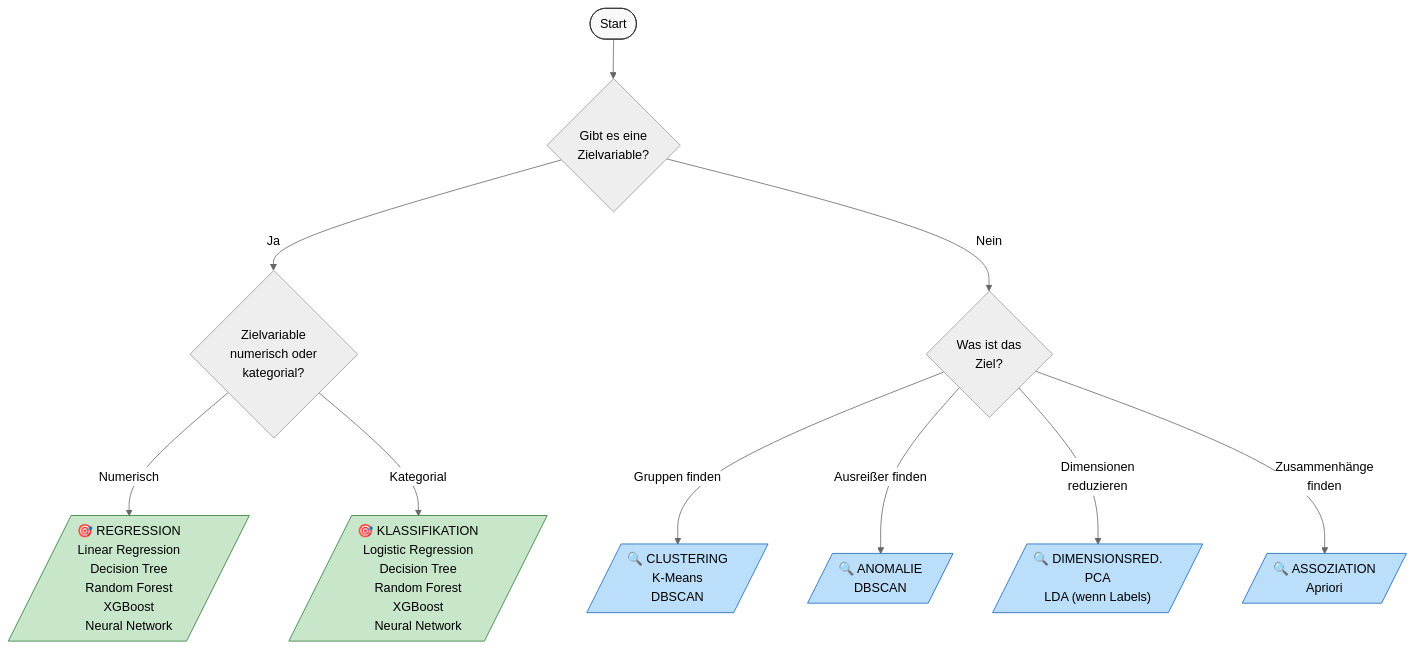
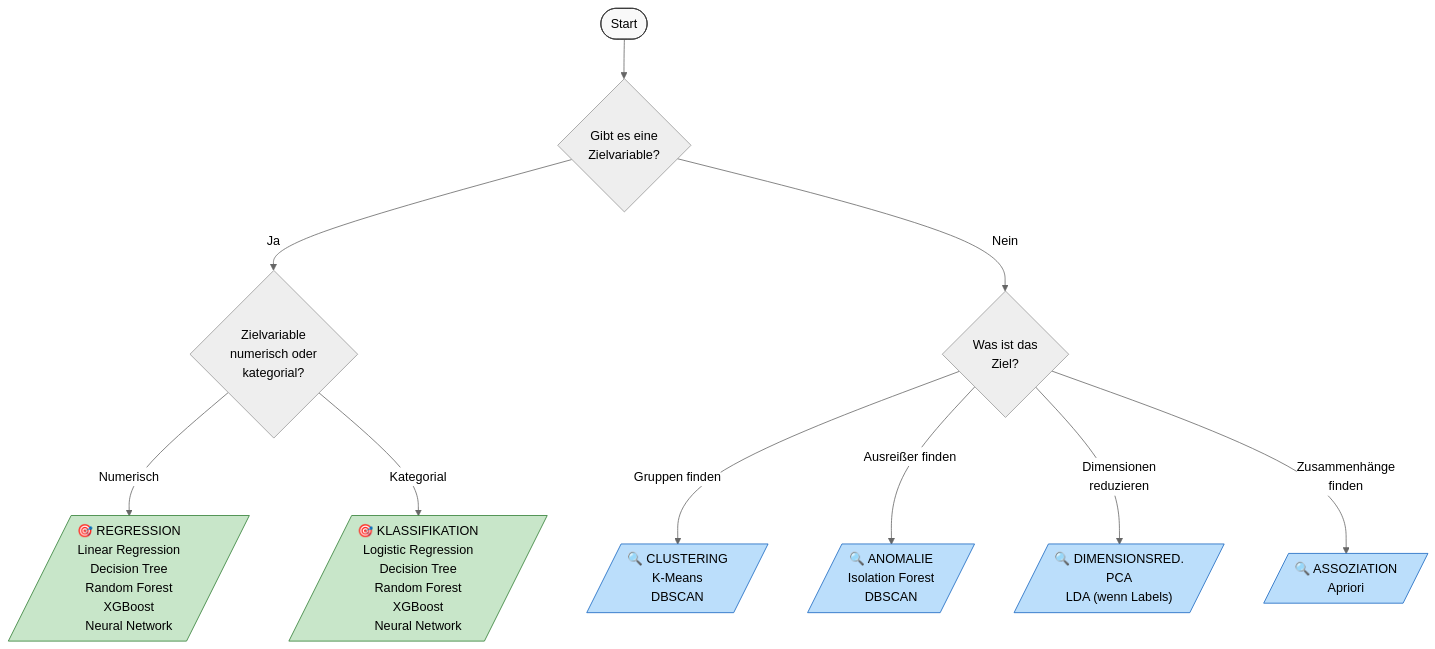
Before and after one commit to ralf-42/ML_Intro: the diagram in docs/concepts/modeling/modell-steckbriefe.md, drawn with Mermaid (neutral theme). The commit also changed other lines of this file and 16 other files, not shown here.

````diff
--- a/docs/concepts/modeling/modell-steckbriefe.md
+++ b/docs/concepts/modeling/modell-steckbriefe.md
@@ -471,27 +512,27 @@
 ```mermaid
 flowchart TD
     START([Start]) --> Q1{Gibt es eine<br/>Zielvariable?}
     
     Q1 -->|Ja| Q2{Zielvariable<br/>numerisch oder<br/>kategorial?}
     Q1 -->|Nein| Q3{Was ist das<br/>Ziel?}
     
     Q2 -->|Numerisch| REG[/"🎯 REGRESSION<br/>Linear Regression<br/>Decision Tree<br/>Random Forest<br/>XGBoost<br/>Neural Network"/]
     
     Q2 -->|Kategorial| CLASS[/"🎯 KLASSIFIKATION<br/>Logistic Regression<br/>Decision Tree<br/>Random Forest<br/>XGBoost<br/>Neural Network"/]
     
     Q3 -->|Gruppen finden| CLUST[/"🔍 CLUSTERING<br/>K-Means<br/>DBSCAN"/]
 
-    Q3 -->|Ausreißer finden| ANOM[/"🔍 ANOMALIE<br/>DBSCAN"/]
+    Q3 -->|Ausreißer finden| ANOM[/"🔍 ANOMALIE<br/>Isolation Forest<br/>DBSCAN"/]
 
     Q3 -->|Dimensionen<br/>reduzieren| DIM[/"🔍 DIMENSIONSRED.<br/>PCA<br/>LDA (wenn Labels)"/]
     
     Q3 -->|Zusammenhänge<br/>finden| ASSOC[/"🔍 ASSOZIATION<br/>Apriori"/]
     
     style START fill:#f9f9f9,stroke:#333
     style REG fill:#c8e6c9,stroke:#2e7d32
     style CLASS fill:#c8e6c9,stroke:#2e7d32
     style CLUST fill:#bbdefb,stroke:#1565c0
     style ANOM fill:#bbdefb,stroke:#1565c0
     style DIM fill:#bbdefb,stroke:#1565c0
     style ASSOC fill:#bbdefb,stroke:#1565c0
 ```
````
